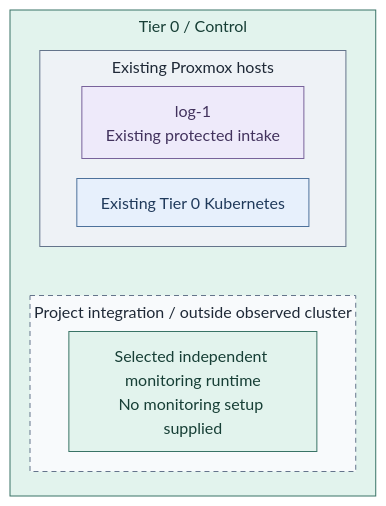
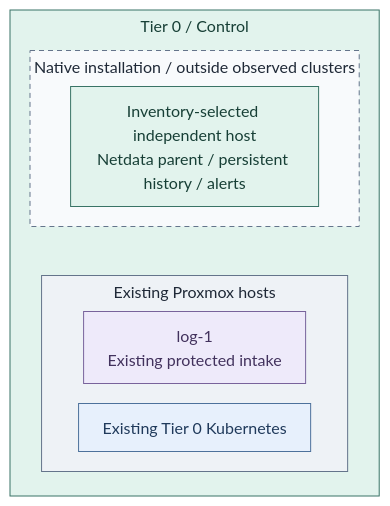
The first of 3 diagrams in docs/deployment/stage-6-secrets/monitoring.md (Rexus/homelab), drawn with Mermaid before and after one commit. The commit also changed other lines of this file and 353 other files, not shown here.

````diff
--- a/docs/deployment/stage-6-secrets/monitoring.md
+++ b/docs/deployment/stage-6-secrets/monitoring.md
@@ -23,25 +43,25 @@
 ```mermaid
 %%{init: {"theme":"base","flowchart":{"nodeSpacing":20,"rankSpacing":24,"padding":12,"subGraphTitleMargin":{"top":4,"bottom":12}},"themeVariables":{"lineColor":"#627581","edgeLabelBackground":"#f8fafc"}}}%%
 flowchart LR
   subgraph T0["Tier 0 / Control"]
     subgraph PVE["Existing Proxmox hosts"]
       Existing["log-1<br/>Existing protected intake"]
       Cluster["Existing Tier 0 Kubernetes"]
     end
-    subgraph Project["Project integration / outside observed cluster"]
-      Host["Selected independent monitoring runtime<br/>No monitoring setup supplied"]
+    subgraph Project["Native installation / outside observed clusters"]
+      Host["Inventory-selected independent host<br/>Netdata parent / persistent history / alerts"]
     end
-    PVE ~~~ Project
+    Project ~~~ PVE
   end
   classDef default fill:#f8fafc,stroke:#64748b,color:#1f2937
   classDef data fill:#eeeafa,stroke:#78639b,color:#42325d
   classDef control fill:#e2f3ed,stroke:#397366,color:#173f36
   classDef services fill:#e7f0fc,stroke:#4d719b,color:#203a5b
   classDef boundary fill:#eef2f6,stroke:#64748b,color:#1f2937
   classDef replicas fill:#f8fafc,stroke:#64748b,color:#1f2937,stroke-dasharray:5 4
   class Existing data
   class T0,Host control
   class Cluster services
   class PVE boundary
   class Project replicas
 ```
````
